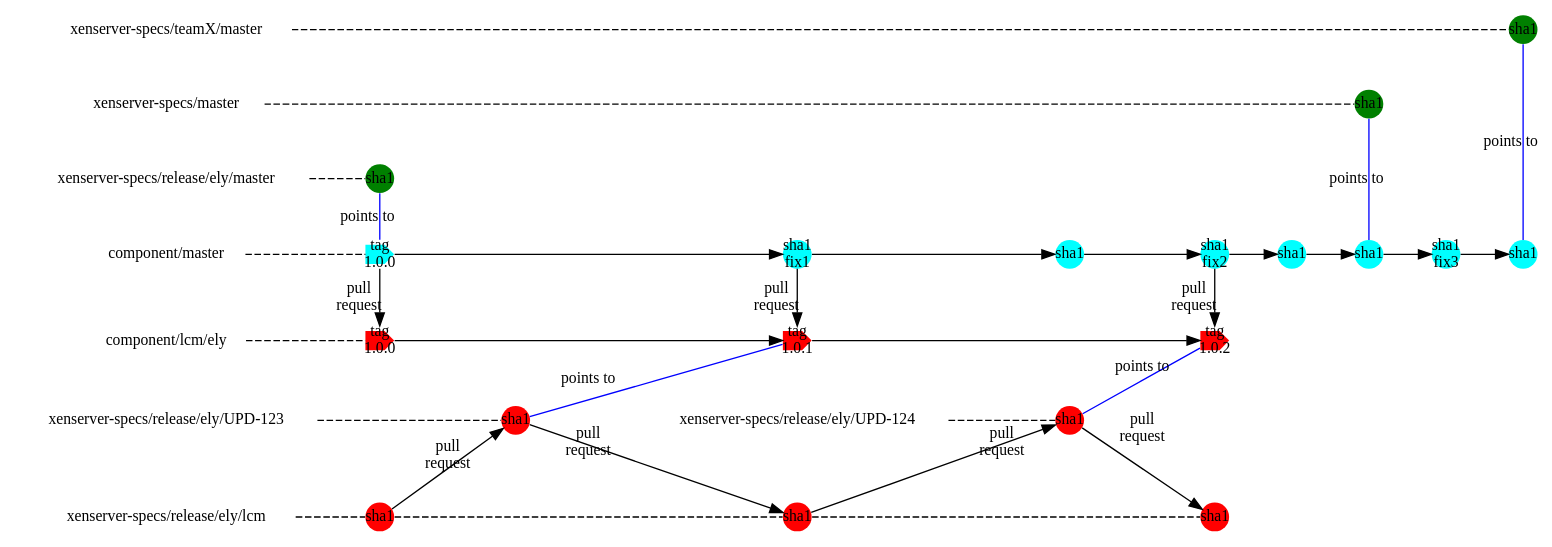
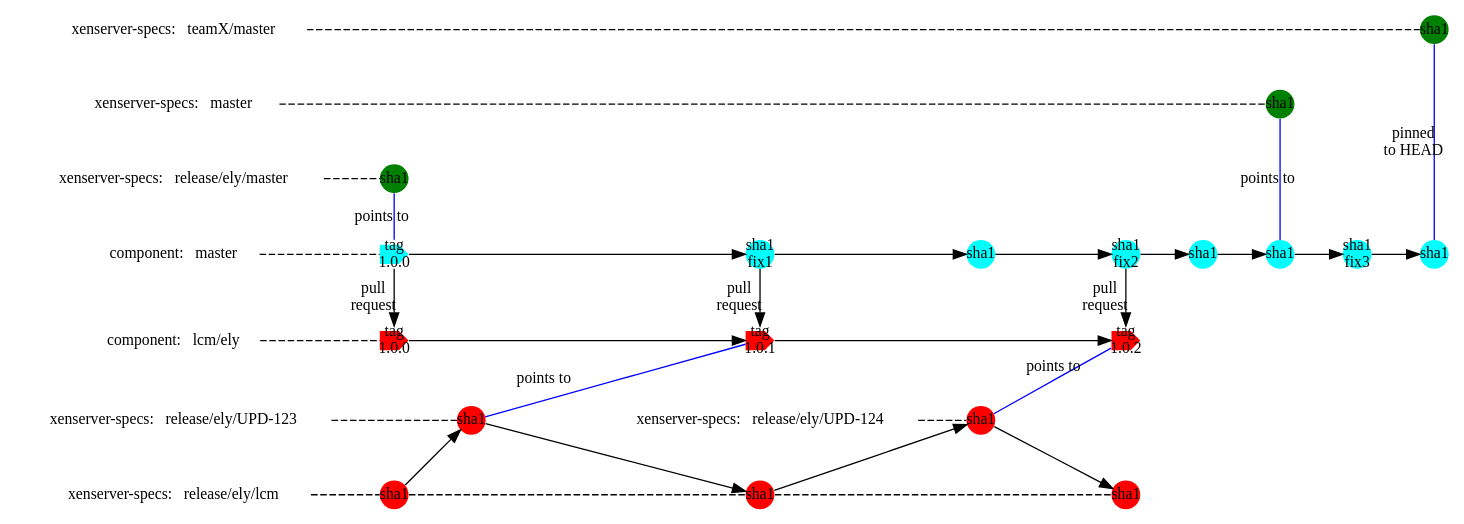
One commit to philippegabriel/XFormerBranchGraph changed the diagram in XformerLCM1.dot. Above: the diagram before and after it, drawn with Graphviz. The commit also changed 1 other file, not shown here.

```diff
--- a/XformerLCM1.dot
+++ b/XformerLCM1.dot
@@ -1,88 +1,89 @@
 strict digraph g{
 rankdir="LR";
 //nodesep=0.5;
 //ranksep=0.25;
 splines=line;
 forcelabels=false;
 
 // general
 node [style=filled, color="black", fontcolor="black", font="Consolas", fontsize="12pt",fixedsize=false,penwidth=0];
 edge [style=filled, color="black", fontcolor="black", font="Consolas", fontsize="12pt"];
 
 // tags
 //node [shape=circle,width=0, height=0, margin="0.05"];
 node [width=0.3, height=0.3, fixedsize=true, shape=circle,penwidth=0]
 node [fillcolor="green"];
 xsm1 [label="sha1"];
 xstx [label="sha1"];
 xsre [label="sha1"];
 node [fillcolor="cyan"];
 cma1 [shape=cds,label="tag\n1.0.0"];
 //node [width=0.3, height=0.3, fixedsize=true, shape=circle,penwidth=0]
 cma2 [label="sha1\nfix1"];
 cma3 [label="sha1"];
 cma4 [label="sha1\nfix2"];
 cma5 [label="sha1"];
 cma6 [label="sha1"];
 cma7 [label="sha1\nfix3"];
 cma8 [label="sha1"];
 node [fillcolor="red"];
 clcm1 [shape=cds,label="tag\n1.0.0"];
 clcm2 [shape=cds,label="tag\n1.0.1"];
 clcm3 [shape=cds,label="tag\n1.0.2"];
 node [shape=circle];
 upd0 [label="sha1"];
 upd1 [label="sha1"];
 xlcm0 [label="sha1"];
 xlcm1 [label="sha1"];
 xlcm2 [label="sha1"];
 // branch names
 node [color="#b0b0b0", style=dashed, arrowhead=none,fixedsize=false, penwidth=0, fillcolor=none, shape=none, width=0, height=0, margin="0.05"];
-XenserverSpecsTeamX[label="xenserver-specs/teamX/master"];
-XenserverSpecsRelEly[label="xenserver-specs/release/ely/master"];
-XenserverSpecsMaster[label="xenserver-specs/master"];
-ComponentMaster[label="component/master"];
-ComponentLCM[label="component/lcm/ely"];
-XSSpecsUPD1[label="xenserver-specs/release/ely/UPD-123"];
-XSSpecsUPD2[label="xenserver-specs/release/ely/UPD-124"];
-XSSpecsLCM[label="xenserver-specs/release/ely/lcm"];
+XenserverSpecsTeamX[label="xenserver-specs:   teamX/master"];
+XenserverSpecsRelEly[label="xenserver-specs:   release/ely/master"];
+XenserverSpecsMaster[label="xenserver-specs:   master"];
+ComponentMaster[label="component:   master"];
+ComponentLCM[label="component:   lcm/ely"];
+XSSpecsUPD1[label="xenserver-specs:   release/ely/UPD-123"];
+XSSpecsUPD2[label="xenserver-specs:   release/ely/UPD-124"];
+XSSpecsLCM[label="xenserver-specs:   release/ely/lcm"];
 
 //graph
 subgraph{
 node [color="#b0b0b0", style=dashed, arrowhead=none];
 edge [style="invis"];
 rank=same;
 XenserverSpecsTeamX -> XenserverSpecsMaster -> XenserverSpecsRelEly -> ComponentMaster -> ComponentLCM -> XSSpecsUPD1  -> XSSpecsLCM;
 }
 //edge [color="#b0b0b0", style=dashed, arrowhead=none ];
 edge [style=dashed, arrowhead=none ,weight=100];
 XenserverSpecsRelEly -> xsre;
 XenserverSpecsMaster -> xsm1;
 XenserverSpecsTeamX -> xstx;
 ComponentMaster -> cma1;
 ComponentLCM -> clcm1;
 XSSpecsUPD1 -> upd0;
 upd0 -> XSSpecsUPD2 [style="invis"];
 XSSpecsUPD2 -> upd1;
 XSSpecsLCM -> xlcm0 -> xlcm1 -> xlcm2;
 edge [style=filled, arrowhead=normal];
 cma1 -> cma2 -> cma3 -> cma4 -> cma5 -> cma6 -> cma7 -> cma8;
 clcm1 -> clcm2 -> clcm3;
 //Xenserver specs - master, release pointers
 edge [style=filled, arrowhead=none , weight=1;label="points to",color=blue];
 subgraph{rank=same;xsre -> cma1;}
 subgraph{rank=same;xsm1 -> cma6;}
-subgraph{rank=same;xstx -> cma8;}
+subgraph{rank=same;xstx -> cma8 [label="pinned\nto HEAD"];}
 
 //Pull requests
 edge [style=filled, arrowhead=normal , label="pull\nrequest",color=black];
 subgraph{rank=same;cma1 -> clcm1;}
 subgraph{rank=same;cma2 -> clcm2;}
 subgraph{rank=same;cma4 -> clcm3;}
+edge [label=""];
 xlcm0 -> upd0;
 upd0 -> xlcm1;
 upd0 -> clcm2 [arrowhead=none ,label="points to",color=blue];
 xlcm1 -> upd1;
 upd1 -> xlcm2;
 upd1 -> clcm3 [arrowhead=none ,label="points to",color=blue];
 }
```
